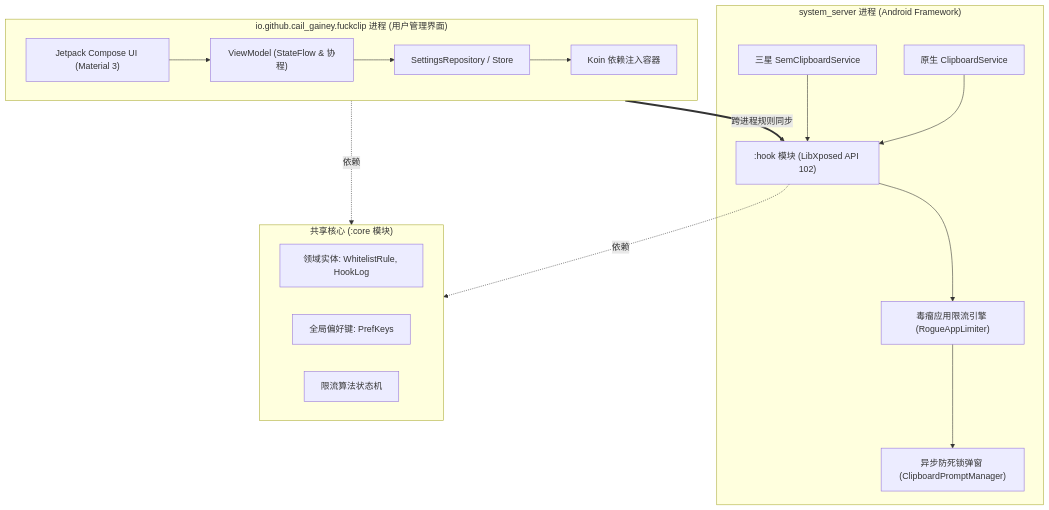
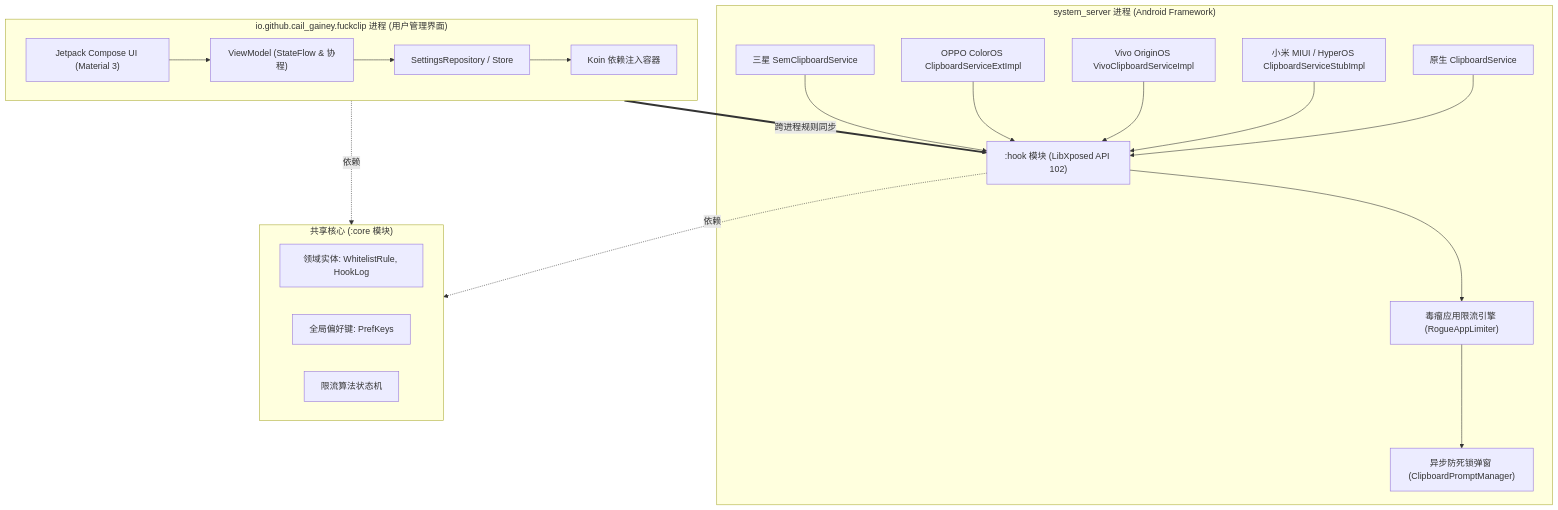
The diagram in docs/ARCHITECTURE.md (Cail-Gainey/FuckClip), drawn with Mermaid before and after one commit. The commit also changed other lines of this file and 25 other files, not shown here.

Commit message:
feat: 新增 MIUI、OriginOS 与 ColorOS 剪贴板拦截

````diff
--- a/docs/ARCHITECTURE.md
+++ b/docs/ARCHITECTURE.md
@@ -13,36 +13,42 @@
 ```mermaid
 flowchart TD
     subgraph SystemServer["system_server 进程 (Android Framework)"]
         AOSP["原生 ClipboardService"]
+        MIUI["小米 MIUI / HyperOS ClipboardServiceStubImpl"]
+        ORIGIN["Vivo OriginOS VivoClipboardServiceImpl"]
+        COLOR["OPPO ColorOS ClipboardServiceExtImpl"]
         SAMSUNG["三星 SemClipboardService"]
         HOOK[":hook 模块 (LibXposed API 102)"]
         LIMITER["毒瘤应用限流引擎 (RogueAppLimiter)"]
         PROMPT["异步防死锁弹窗 (ClipboardPromptManager)"]
         
         AOSP --> HOOK
+        MIUI --> HOOK
+        ORIGIN --> HOOK
+        COLOR --> HOOK
         SAMSUNG --> HOOK
         HOOK --> LIMITER
         LIMITER --> PROMPT
     end
 
     subgraph UserApp["io.github.cail_gainey.fuckclip 进程 (用户管理界面)"]
         COMPOSE["Jetpack Compose UI (Material 3)"]
         VIEWMODEL["ViewModel (StateFlow & 协程)"]
         REPO["SettingsRepository / Store"]
         KOIN["Koin 依赖注入容器"]
 
         COMPOSE --> VIEWMODEL
         VIEWMODEL --> REPO
         REPO --> KOIN
     end
 
     subgraph Core["共享核心 (:core 模块)"]
         MODELS["领域实体: WhitelistRule, HookLog"]
         KEYS["全局偏好键: PrefKeys"]
         LIMITER_CORE["限流算法状态机"]
     end
 
     HOOK -. 依赖 .-> Core
     UserApp -. 依赖 .-> Core
     UserApp == 跨进程规则同步 ==> HOOK
 ```
````
